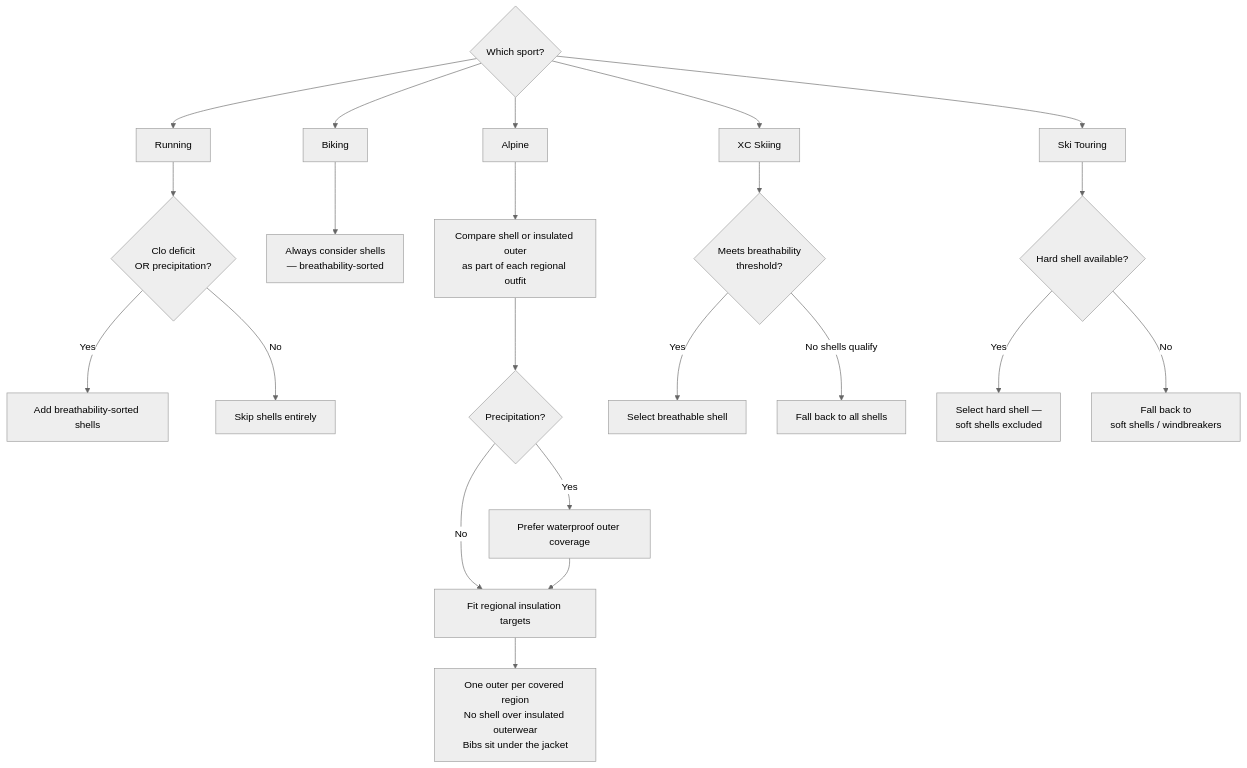
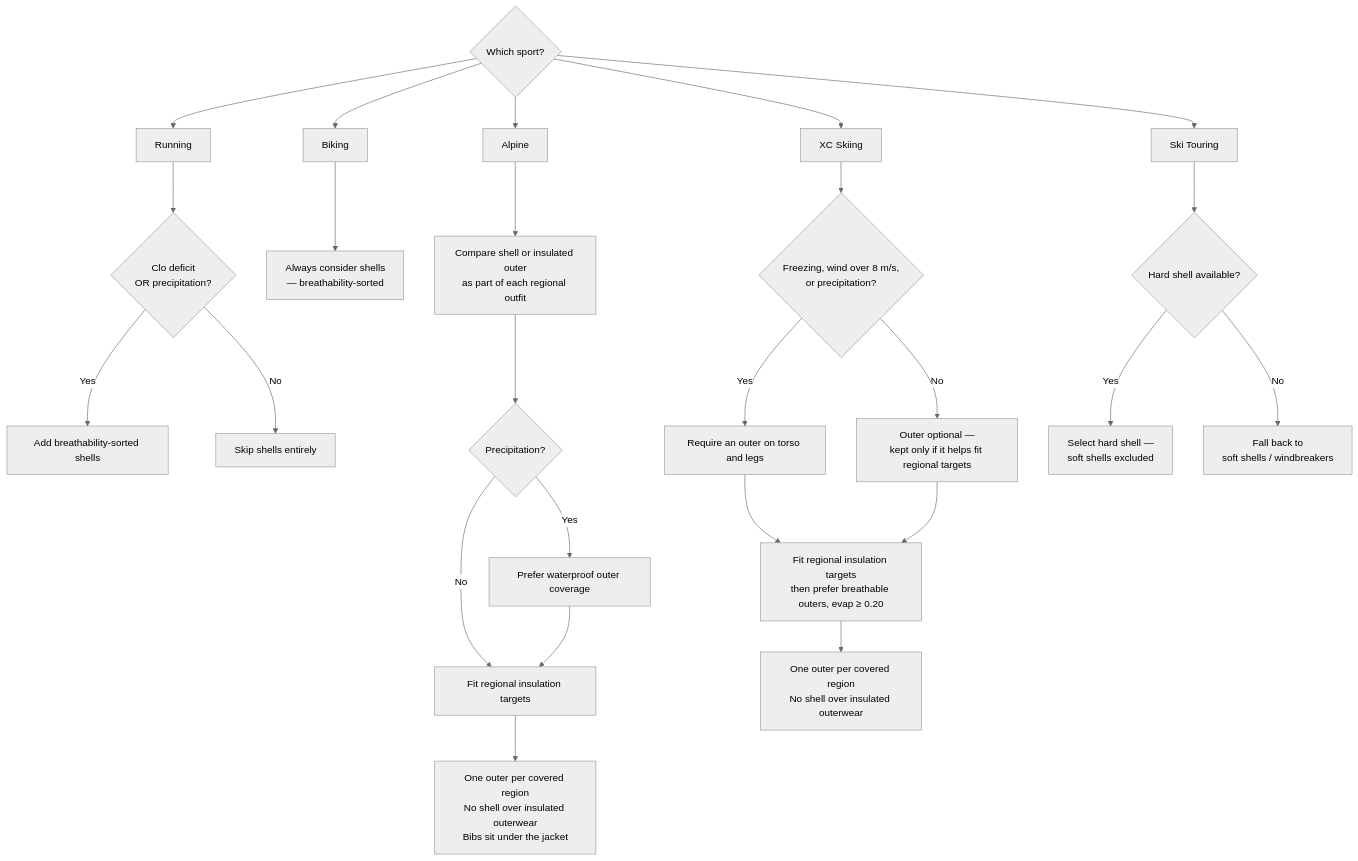
One commit to derobertsw/swttr changed the fifth of 6 diagrams in README.md. Above: the diagram before and after it, drawn with Mermaid (neutral theme). The commit also changed other lines of this file and 7 other files, not shown here.

First line of the commit message:
Give XC outfits a wind layer on the legs and torso in cold, wind, or wet

````diff
--- a/README.md
+++ b/README.md
@@ -211,29 +214,32 @@
 ```mermaid
 graph TD
     START{Which sport?} --> RUN[Running]
     START --> BIKE[Biking]
     START --> ALP[Alpine]
     START --> XC[XC Skiing]
     START --> TOUR[Ski Touring]
 
     RUN --> RCHECK{Clo deficit<br/>OR precipitation?}
     RCHECK -->|Yes| RADD[Add breathability-sorted shells]
     RCHECK -->|No| RSKIP[Skip shells entirely]
 
     BIKE --> BADD[Always consider shells<br/>— breathability-sorted]
 
     ALP --> AOUT[Compare shell or insulated outer<br/>as part of each regional outfit]
     AOUT --> AWET{Precipitation?}
     AWET -->|Yes| AWP[Prefer waterproof outer coverage]
     AWET -->|No| ABUDGET[Fit regional insulation targets]
     AWP --> ABUDGET
     ABUDGET --> ACAP[One outer per covered region<br/>No shell over insulated outerwear<br/>Bibs sit under the jacket]
 
-    XC --> XBREATH{Meets breathability<br/>threshold?}
-    XBREATH -->|Yes| XPREF[Select breathable shell]
-    XBREATH -->|No shells qualify| XFALL[Fall back to all shells]
+    XC --> XNEED{Freezing, wind over 8 m/s,<br/>or precipitation?}
+    XNEED -->|Yes| XREQ[Require an outer on torso and legs]
+    XNEED -->|No| XOPT[Outer optional —<br/>kept only if it helps fit regional targets]
+    XREQ --> XFIT[Fit regional insulation targets<br/>then prefer breathable outers, evap ≥ 0.20]
+    XOPT --> XFIT
+    XFIT --> XCAP[One outer per covered region<br/>No shell over insulated outerwear]
 
     TOUR --> THARD{Hard shell available?}
     THARD -->|Yes| THSEL[Select hard shell —<br/>soft shells excluded]
     THARD -->|No| TOTHER[Fall back to<br/>soft shells / windbreakers]
 ```
````
